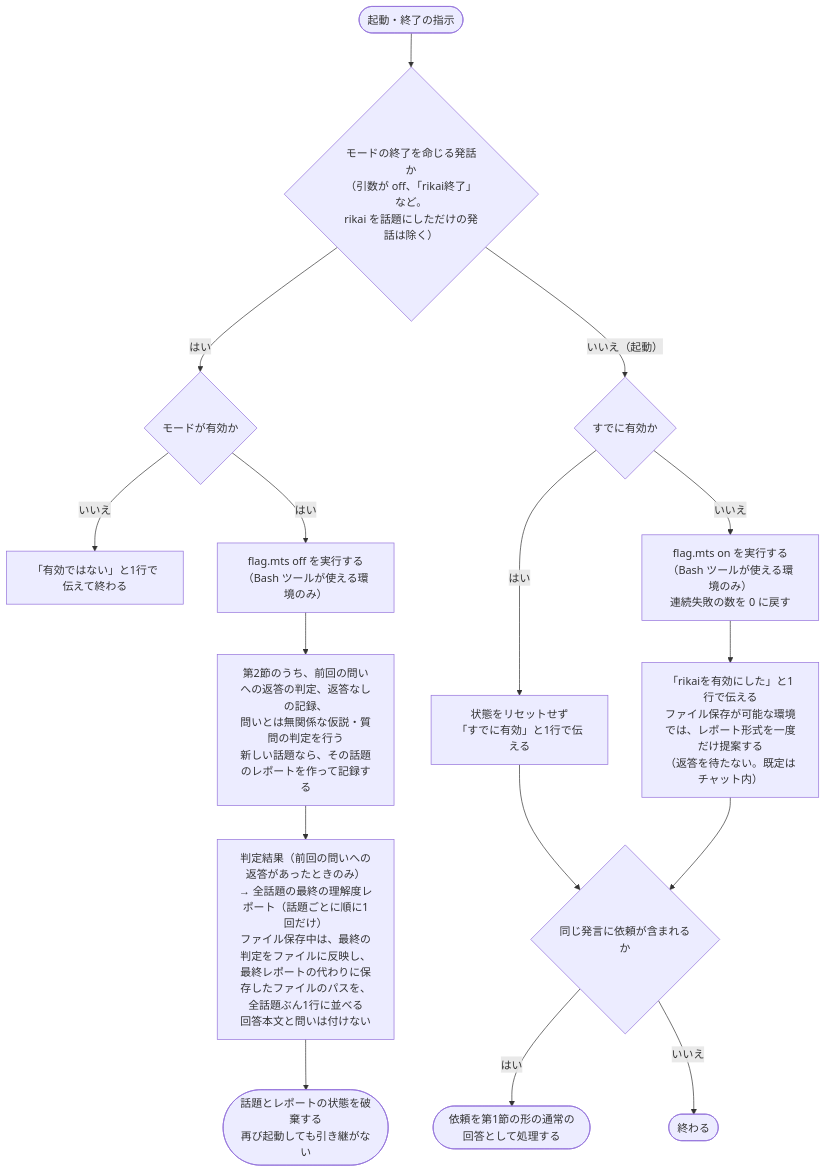
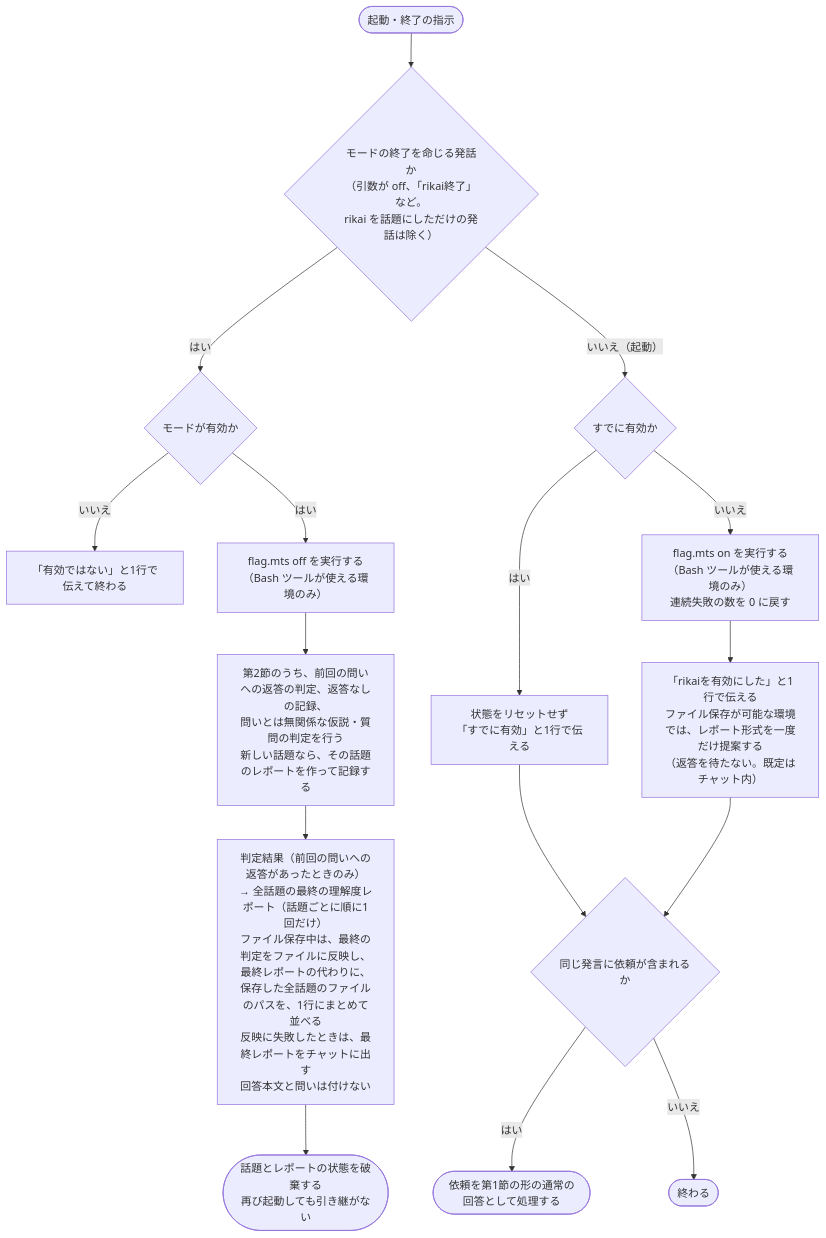
Before and after one commit to kokuto821/rikai: the third of 3 diagrams in skills/rikai/SKILL.md, drawn with Mermaid. The commit also changed other lines of this file and 5 other files, not shown here.

````diff
--- a/skills/rikai/SKILL.md
+++ b/skills/rikai/SKILL.md
@@ -185,19 +186,19 @@
 ```mermaid
 flowchart TD
     Start(["起動・終了の指示"]) --> Kind{"モードの終了を命じる発話か<br/>（引数が off、「rikai終了」など。<br/>rikai を話題にしただけの発話は除く）"}
     Kind -- "はい" --> EndActive{"モードが有効か"}
     EndActive -- "いいえ" --> NotActive["「有効ではない」と1行で伝えて終わる"]
     EndActive -- "はい" --> FlagOff["flag.mts off を実行する<br/>（Bash ツールが使える環境のみ）"]
     FlagOff --> EndJudge["第2節のうち、前回の問いへの返答の判定、返答なしの記録、<br/>問いとは無関係な仮説・質問の判定を行う<br/>新しい話題なら、その話題のレポートを作って記録する"]
-    EndJudge --> EndOut["判定結果（前回の問いへの返答があったときのみ）<br/>→ 全話題の最終の理解度レポート（話題ごとに順に1回だけ）<br/>ファイル保存中は、最終の判定をファイルに反映し、<br/>最終レポートの代わりに保存したファイルのパスを、全話題ぶん1行に並べる<br/>回答本文と問いは付けない"]
+    EndJudge --> EndOut["判定結果（前回の問いへの返答があったときのみ）<br/>→ 全話題の最終の理解度レポート（話題ごとに順に1回だけ）<br/>ファイル保存中は、最終の判定をファイルに反映し、<br/>最終レポートの代わりに、保存した全話題のファイルのパスを、1行にまとめて並べる<br/>反映に失敗したときは、最終レポートをチャットに出す<br/>回答本文と問いは付けない"]
     EndOut --> Discard(["話題とレポートの状態を破棄する<br/>再び起動しても引き継がない"])
     Kind -- "いいえ（起動）" --> StartActive{"すでに有効か"}
     StartActive -- "はい" --> AlreadyOn["状態をリセットせず<br/>「すでに有効」と1行で伝える"]
     StartActive -- "いいえ" --> FlagOn["flag.mts on を実行する（Bash ツールが使える環境のみ）<br/>連続失敗の数を 0 に戻す"]
     FlagOn --> StartMsg["「rikaiを有効にした」と1行で伝える<br/>ファイル保存が可能な環境では、レポート形式を一度だけ提案する<br/>（返答を待たない。既定はチャット内）"]
     AlreadyOn --> HasReq
     StartMsg --> HasReq
     HasReq{"同じ発言に依頼が含まれるか"}
     HasReq -- "はい" --> Answer(["依頼を第1節の形の通常の回答として処理する"])
     HasReq -- "いいえ" --> Done(["終わる"])
 ```
````
